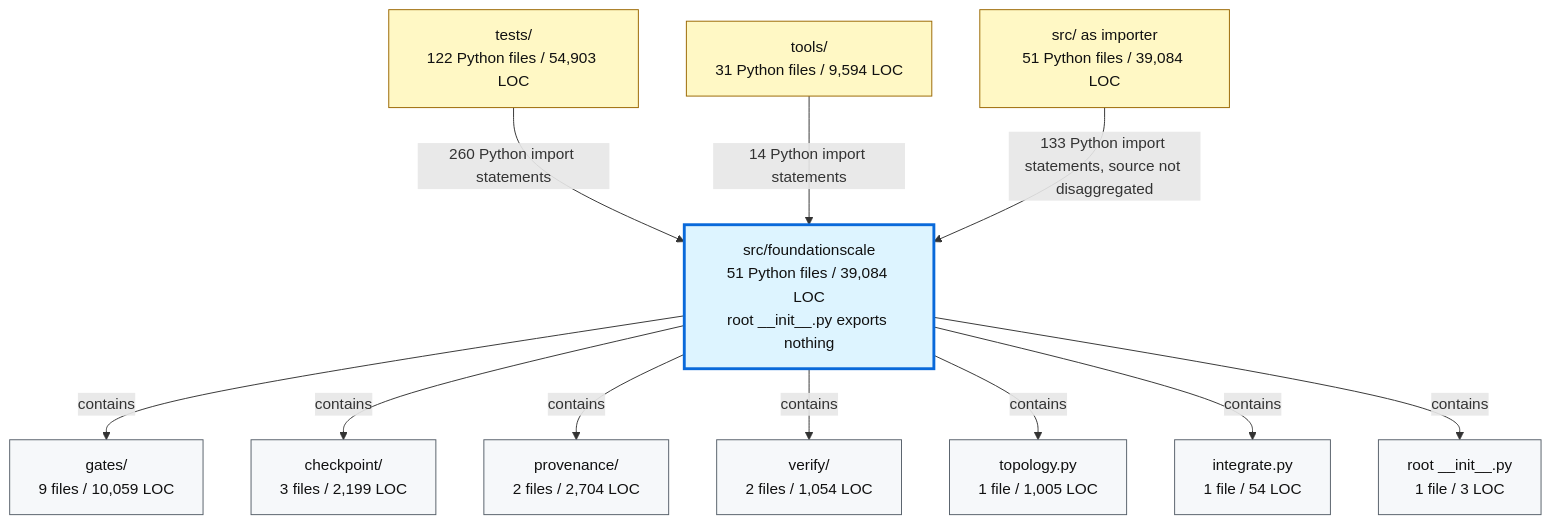
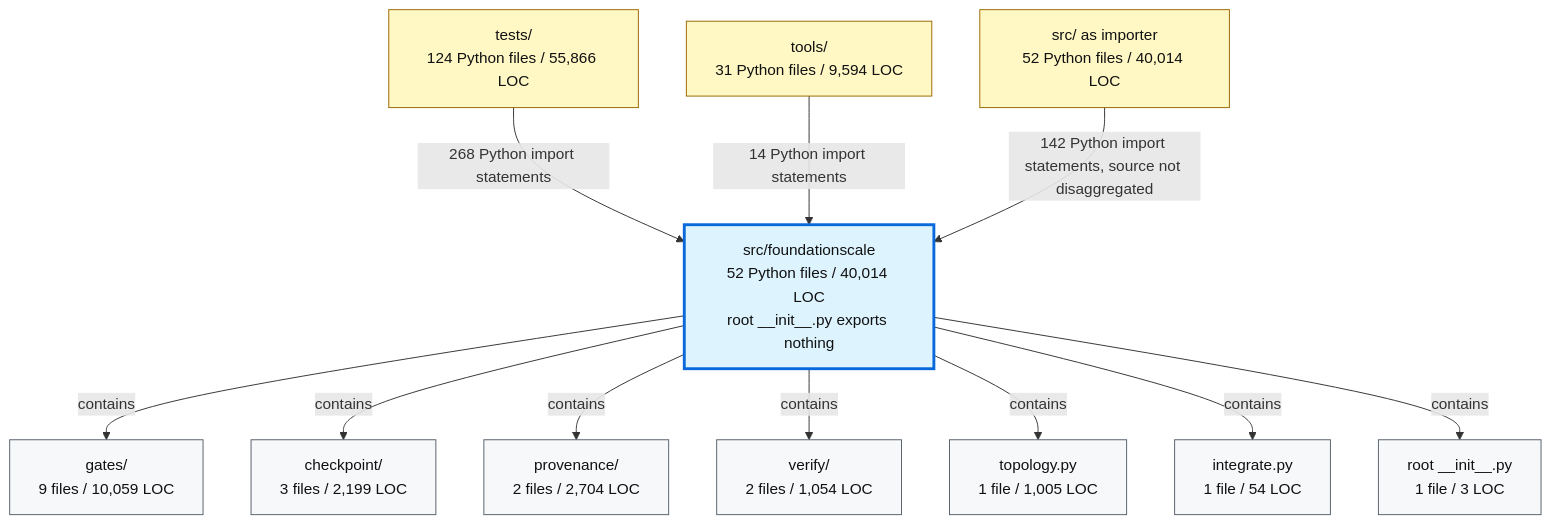
Before and after one commit to TranNhiem/FoundationScale: the second of 2 diagrams in docs/review/D2_current_architecture.md, drawn with Mermaid. The commit also changed other lines of this file and 28 other files, not shown here.

````diff
--- a/docs/review/D2_current_architecture.md
+++ b/docs/review/D2_current_architecture.md
@@ -97,36 +97,36 @@
 ```mermaid
 flowchart TB
-  TESTS["tests/<br/>122 Python files / 54,903 LOC"]
+  TESTS["tests/<br/>124 Python files / 55,866 LOC"]
   TOOLS["tools/<br/>31 Python files / 9,594 LOC"]
-  SRC["src/ as importer<br/>51 Python files / 39,084 LOC"]
+  SRC["src/ as importer<br/>52 Python files / 40,014 LOC"]
 
-  FS["src/foundationscale<br/>51 Python files / 39,084 LOC<br/>root __init__.py exports nothing"]
+  FS["src/foundationscale<br/>52 Python files / 40,014 LOC<br/>root __init__.py exports nothing"]
 
   GATES["gates/<br/>9 files / 10,059 LOC"]
   CKPT["checkpoint/<br/>3 files / 2,199 LOC"]
   PROV["provenance/<br/>2 files / 2,704 LOC"]
   VERIFY["verify/<br/>2 files / 1,054 LOC"]
   TOPO["topology.py<br/>1 file / 1,005 LOC"]
   INTEG["integrate.py<br/>1 file / 54 LOC"]
   ROOT["root __init__.py<br/>1 file / 3 LOC"]
 
-  TESTS -->|"260 Python import statements"| FS
+  TESTS -->|"268 Python import statements"| FS
   TOOLS -->|"14 Python import statements"| FS
-  SRC -->|"133 Python import statements, source not disaggregated"| FS
+  SRC -->|"142 Python import statements, source not disaggregated"| FS
 
   FS -->|"contains"| GATES
   FS -->|"contains"| CKPT
   FS -->|"contains"| PROV
   FS -->|"contains"| VERIFY
   FS -->|"contains"| TOPO
   FS -->|"contains"| INTEG
   FS -->|"contains"| ROOT
 
   classDef consumer fill:#fff8c5,stroke:#9a6700,color:#111;
   classDef package fill:#ddf4ff,stroke:#0969da,stroke-width:3px,color:#111;
   classDef module fill:#f6f8fa,stroke:#57606a,color:#111;
 
   class TESTS,TOOLS,SRC consumer;
   class FS package;
   class GATES,CKPT,PROV,VERIFY,TOPO,INTEG,ROOT module;
 ```
````
